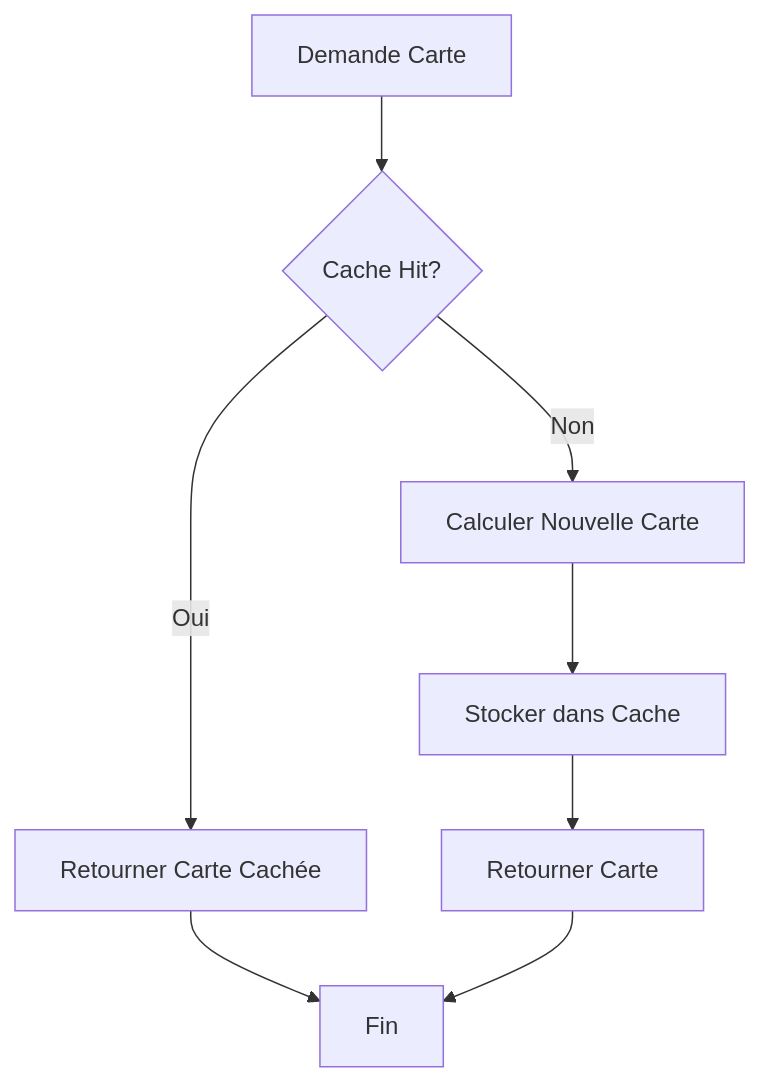
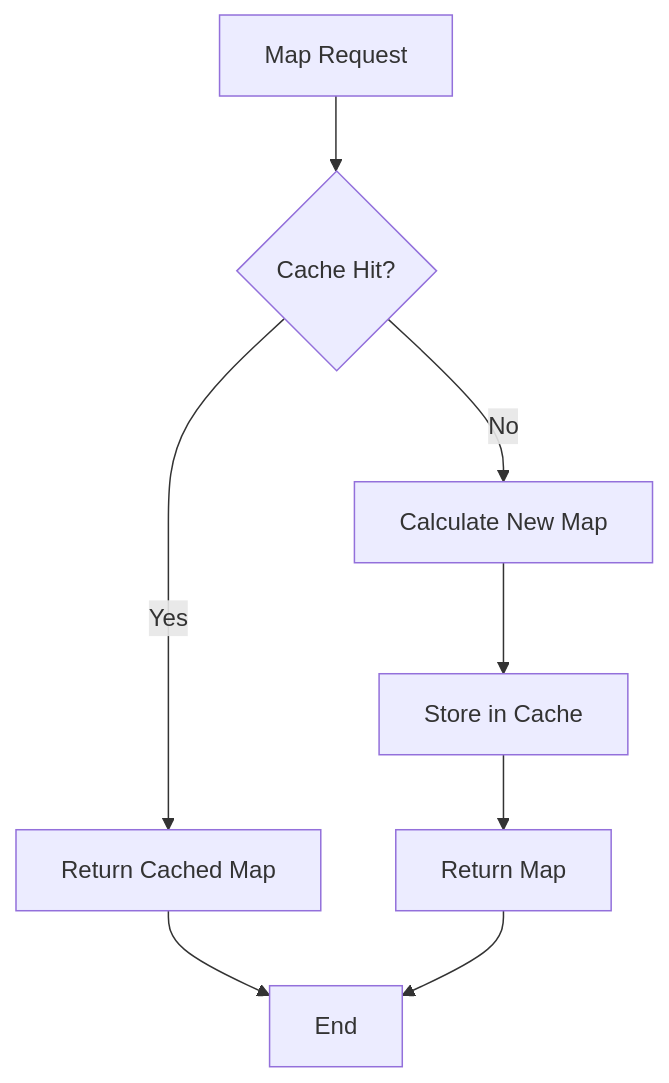
One commit to sbstndb/samurai changed the eighth of 9 diagrams in docs/reconstruction_system.md. Above: the diagram before and after it, drawn with Mermaid. The commit also changed other lines of this file and 8 other files, not shown here.

````diff
--- a/docs/reconstruction_system.md
+++ b/docs/reconstruction_system.md
@@ -272,10 +272,10 @@
 ```mermaid
 graph TB
-    A[Demande Carte] --> B{Cache Hit?}
-    B -->|Oui| C[Retourner Carte Cachée]
-    B -->|Non| D[Calculer Nouvelle Carte]
-    D --> E[Stocker dans Cache]
-    E --> F[Retourner Carte]
-    C --> G[Fin]
+    A[Map Request] --> B{Cache Hit?}
+    B -->|Yes| C[Return Cached Map]
+    B -->|No| D[Calculate New Map]
+    D --> E[Store in Cache]
+    E --> F[Return Map]
+    C --> G[End]
     F --> G
 ```
````
